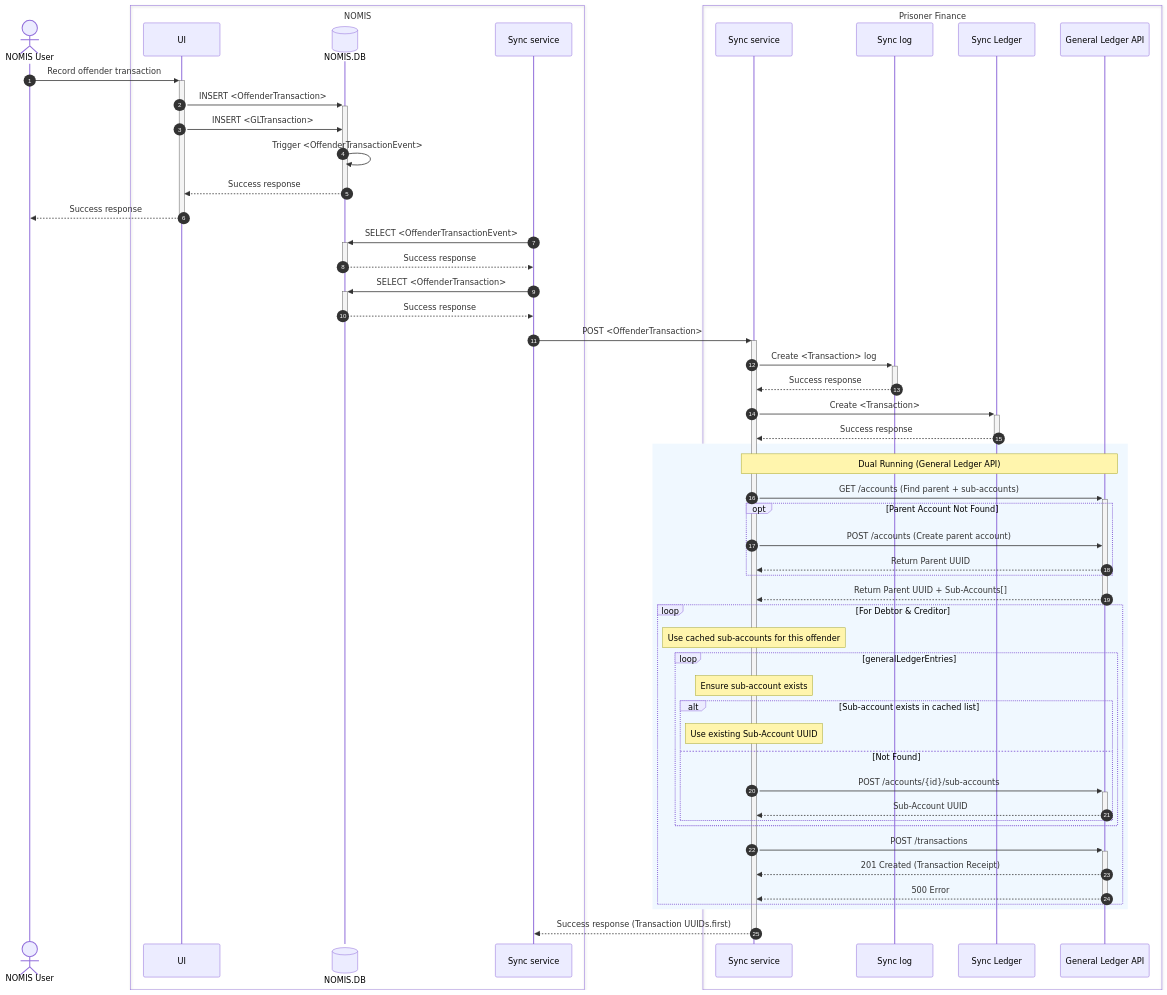
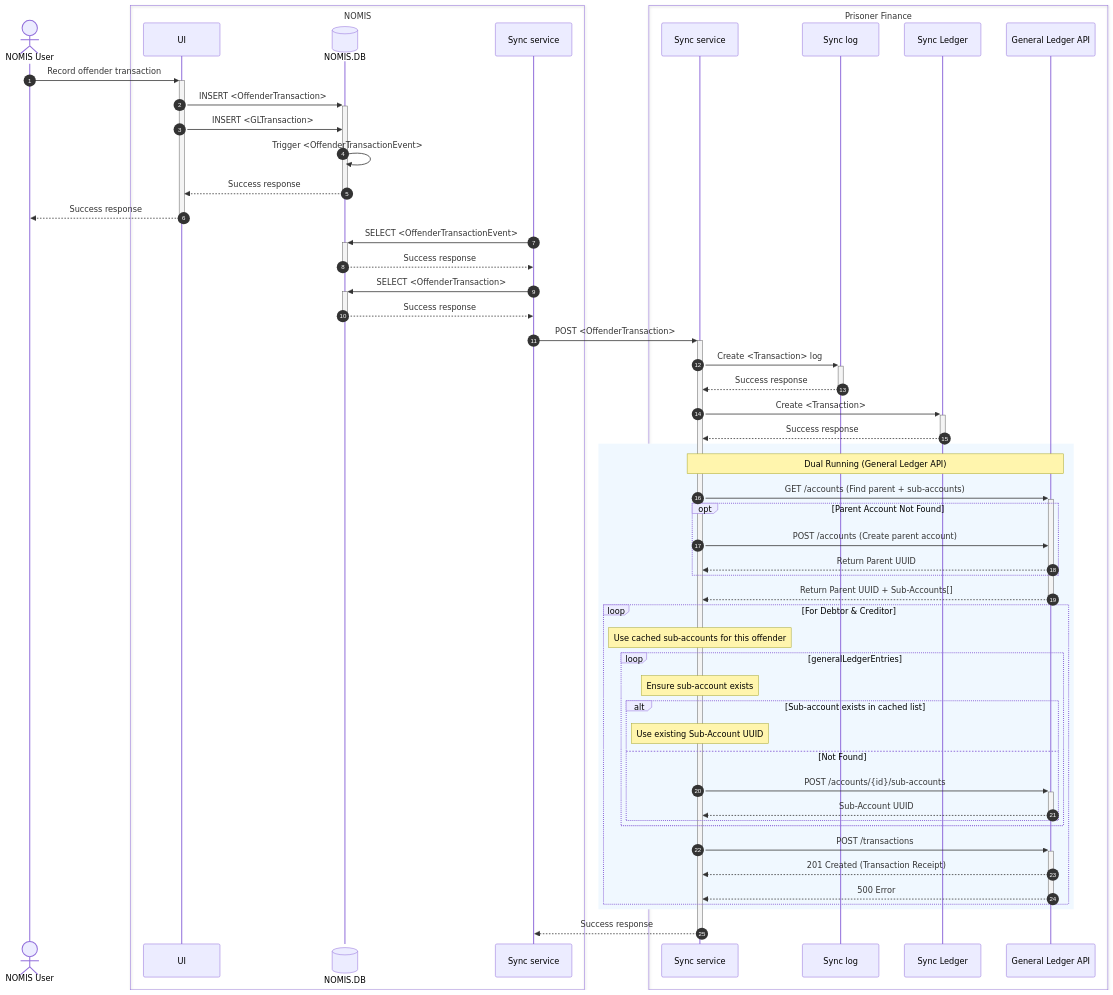
The third of 6 diagrams in docs/architecture/docs/sync-processes.md (ministryofjustice/hmpps-prisoner-finance-sync-api), drawn with Mermaid before and after one commit.

Commit message:
Update to remove UUIDs.first

````diff
--- a/docs/architecture/docs/sync-processes.md
+++ b/docs/architecture/docs/sync-processes.md
@@ -133,77 +133,77 @@
 ```mermaid
 sequenceDiagram
     actor user as NOMIS User
 
     box NOMIS
         participant NOMIS.UI as UI
         participant NOMIS.DB@{ "type" : "database" }
         participant NOMIS.sync as Sync service
     end
 
     box Prisoner Finance
         participant PF.sync as Sync service
         participant PF.log as Sync log
         participant PF.ledger as Sync Ledger
         participant PF.newGL as General Ledger API
     end
 
     autonumber
 
     user ->>+ NOMIS.UI: Record offender transaction
     NOMIS.UI ->>+ NOMIS.DB: INSERT <OffenderTransaction>
     NOMIS.UI ->> NOMIS.DB: INSERT <GLTransaction>
     NOMIS.DB ->> NOMIS.DB: Trigger <OffenderTransactionEvent>
     NOMIS.DB -->>- NOMIS.UI: Success response
     NOMIS.UI -->>- user: Success response
 
     NOMIS.sync ->>+ NOMIS.DB: SELECT <OffenderTransactionEvent>
     NOMIS.DB -->>- NOMIS.sync: Success response
 
     NOMIS.sync ->>+ NOMIS.DB: SELECT <OffenderTransaction>
     NOMIS.DB -->>- NOMIS.sync: Success response
 
     NOMIS.sync ->>+ PF.sync: POST <OffenderTransaction>
 
     PF.sync ->>+ PF.log: Create <Transaction> log
     PF.log -->>- PF.sync: Success response
 
     PF.sync ->>+ PF.ledger: Create <Transaction>
     PF.ledger -->>- PF.sync: Success response
 
     rect rgb(240, 248, 255)
         note over PF.sync,PF.newGL: Dual Running (General Ledger API)
 
         PF.sync ->>+ PF.newGL: GET /accounts (Find parent + sub-accounts)
 
         opt Parent Account Not Found
             PF.sync ->> PF.newGL: POST /accounts (Create parent account)
             PF.newGL -->> PF.sync: Return Parent UUID
         end
         
         PF.newGL -->>- PF.sync: Return Parent UUID + Sub-Accounts[]
         
         loop For Debtor & Creditor
  
             note over PF.sync: Use cached sub-accounts for this offender
 
             loop generalLedgerEntries
 
                 note over PF.sync: Ensure sub-account exists
                 alt Sub-account exists in cached list
                     Note over PF.sync: Use existing Sub-Account UUID
                 else Not Found
                     PF.sync ->>+ PF.newGL: POST /accounts/{id}/sub-accounts
                     PF.newGL -->>- PF.sync: Sub-Account UUID
                 end
 
             end
 
             PF.sync ->>+ PF.newGL: POST /transactions
             PF.newGL -->> PF.sync: 201 Created (Transaction Receipt)
             PF.newGL -->>- PF.sync: 500 Error
         end
 
     end
 
-    PF.sync -->>- NOMIS.sync: Success response (Transaction UUIDs.first)
+    PF.sync -->>- NOMIS.sync: Success response
 ```
````
